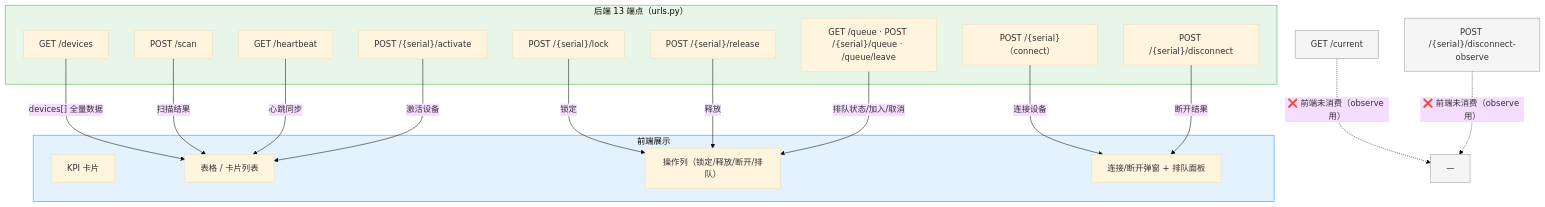
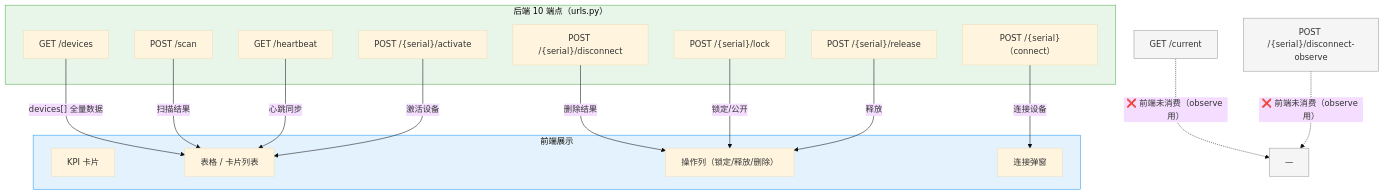
One commit to Kahoku-lazy/Android-AutoTests changed the fourth of 6 diagrams in dev_docs/03-设计与架构/ARCH-02-设备管理.md. Above: the diagram before and after it, drawn with Mermaid (base theme). The commit also changed other lines of this file and 16 other files, not shown here.

````diff
--- a/dev_docs/03-设计与架构/ARCH-02-设备管理.md
+++ b/dev_docs/03-设计与架构/ARCH-02-设备管理.md
@@ -143,40 +142,38 @@
 ```mermaid
 flowchart TB
-    subgraph API["后端 13 端点（urls.py）"]
+    subgraph API["后端 10 端点（urls.py）"]
         L["GET /devices"]
         S["POST /scan"]
         C["POST /{serial}（connect）"]
         DC["POST /{serial}/disconnect"]
         LK["POST /{serial}/lock"]
         RL["POST /{serial}/release"]
-        Q["GET /queue · POST /{serial}/queue · /queue/leave"]
         HB["GET /heartbeat"]
         ACT["POST /{serial}/activate"]
     end
 
     subgraph FE["前端展示"]
         KPI["KPI 卡片"]
         GRID["表格 / 卡片列表"]
-        ACTIONS["操作列（锁定/释放/断开/排队）"]
-        DIALOG["连接/断开弹窗 + 排队面板"]
+        ACTIONS["操作列（锁定/释放/删除）"]
+        DIALOG["连接弹窗"]
     end
 
     L -->|"devices[] 全量数据"| GRID
     S -->|"扫描结果"| GRID
     C -->|"连接设备"| DIALOG
-    DC -->|"断开结果"| DIALOG
-    LK -->|"锁定"| ACTIONS
+    DC -->|"删除结果"| ACTIONS
+    LK -->|"锁定/公开"| ACTIONS
     RL -->|"释放"| ACTIONS
-    Q -->|"排队状态/加入/取消"| ACTIONS
     HB -->|"心跳同步"| GRID
     ACT -->|"激活设备"| GRID
 
     CUR["GET /current"] -.->|"❌ 前端未消费（observe 用）"| NO["—"]
     DOB["POST /{serial}/disconnect-observe"] -.->|"❌ 前端未消费（observe 用）"| NO
 
     style API fill:#e8f5e9,stroke:#4caf50
     style FE fill:#e3f2fd,stroke:#2196f3
     style CUR fill:#f5f5f5,stroke:#999
     style DOB fill:#f5f5f5,stroke:#999
     style NO fill:#f5f5f5,stroke:#999
 ```
````
